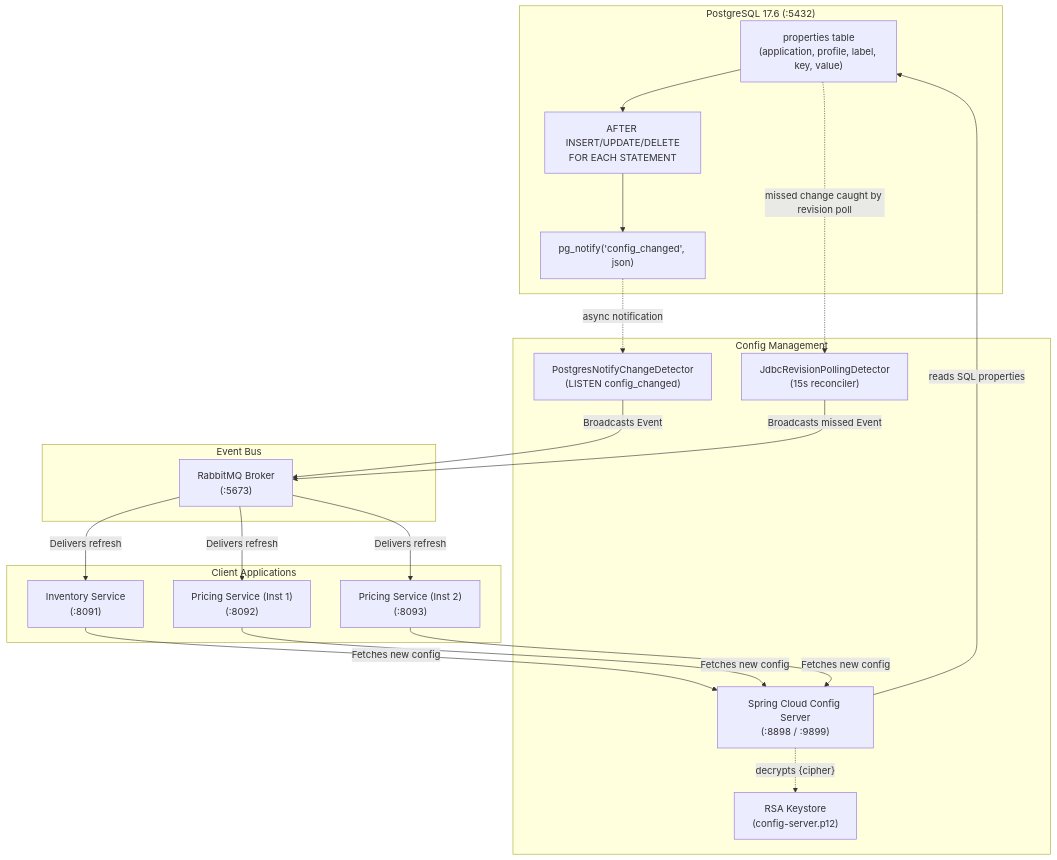
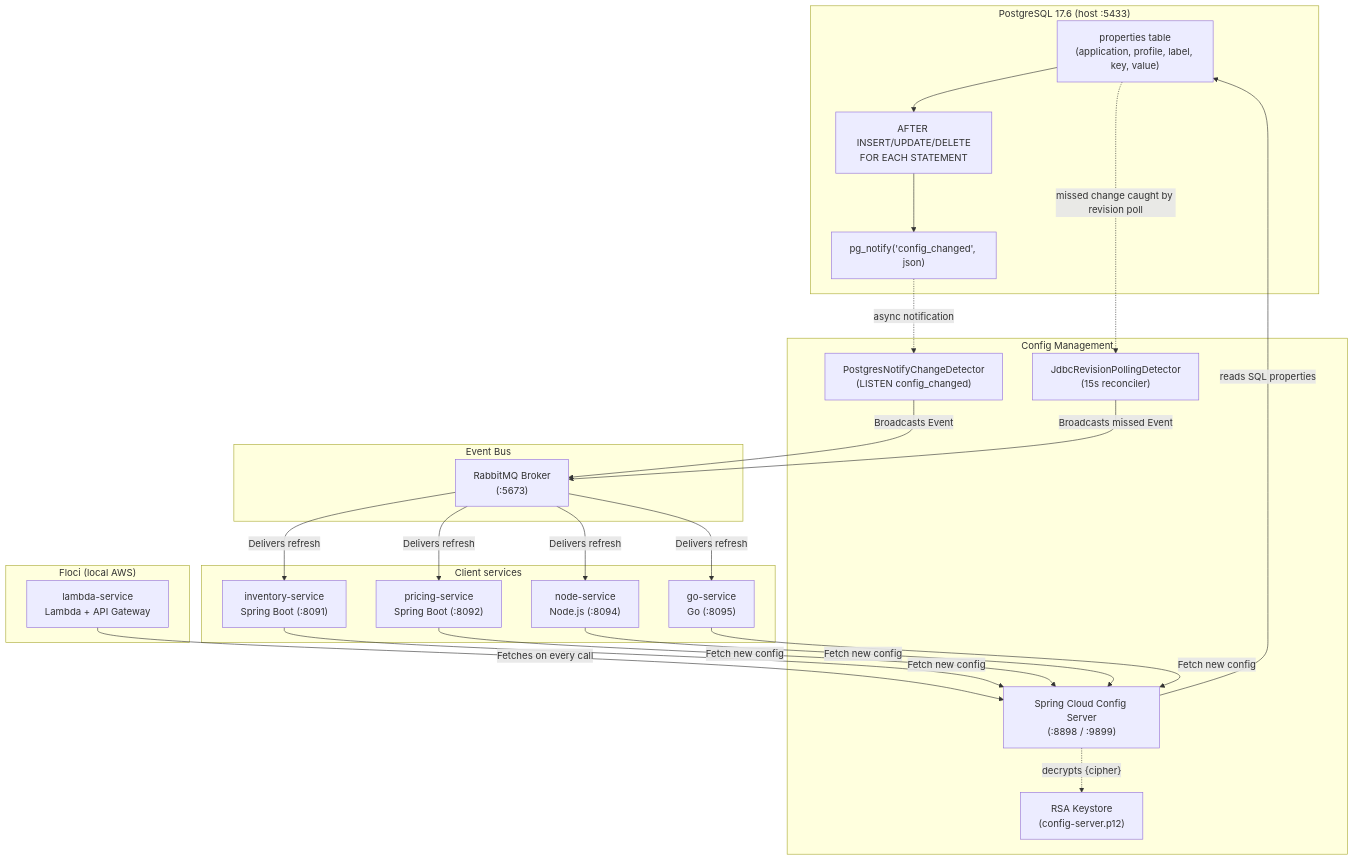
Before and after one commit to kirankumarhm/springboot-config-server-external-properties-demo: the first of 4 diagrams in version-b-jdbc/README.md, drawn with Mermaid. The commit also changed other lines of this file and 438 other files, not shown here.

````diff
--- a/version-b-jdbc/README.md
+++ b/version-b-jdbc/README.md
@@ -18,39 +33,41 @@
 ```mermaid
 graph TD
-    subgraph Database["PostgreSQL 17.6 (:5432)"]
+    subgraph Database["PostgreSQL 17.6 (host :5433)"]
         Table["properties table<br/>(application, profile, label, key, value)"]
         Trigger["AFTER INSERT/UPDATE/DELETE<br/>FOR EACH STATEMENT"]
         PGNotify["pg_notify('config_changed', json)"]
         Table --> Trigger --> PGNotify
     end
 
     subgraph ConfigLayer["Config Management"]
         CS["Spring Cloud Config Server<br/>(:8898 / :9899)"]
         Detector["PostgresNotifyChangeDetector<br/>(LISTEN config_changed)"]
         Poller["JdbcRevisionPollingDetector<br/>(15s reconciler)"]
         Keystore["RSA Keystore<br/>(config-server.p12)"]
         PGNotify -. async notification .-> Detector
         Table -. missed change caught by revision poll .-> Poller
         CS -. decrypts {cipher} .-> Keystore
         CS -- reads SQL properties --> Table
     end
 
     subgraph Messaging["Event Bus"]
         RabbitMQ["RabbitMQ Broker<br/>(:5673)"]
     end
 
-    subgraph Microservices["Client Applications"]
-        Inv["Inventory Service<br/>(:8091)"]
-        Prc1["Pricing Service (Inst 1)<br/>(:8092)"]
-        Prc2["Pricing Service (Inst 2)<br/>(:8093)"]
+    subgraph Clients["Client services"]
+        Inv["inventory-service<br/>Spring Boot (:8091)"]
+        Prc["pricing-service<br/>Spring Boot (:8092)"]
+        Node["node-service<br/>Node.js (:8094)"]
+        Go["go-service<br/>Go (:8095)"]
+    end
+
+    subgraph Floci["Floci (local AWS)"]
+        Lambda["lambda-service<br/>Lambda + API Gateway"]
     end
 
     Detector -- "Broadcasts Event" --> RabbitMQ
     Poller -- "Broadcasts missed Event" --> RabbitMQ
-    RabbitMQ -- "Delivers refresh" --> Inv
-    RabbitMQ -- "Delivers refresh" --> Prc1
-    RabbitMQ -- "Delivers refresh" --> Prc2
-    Inv -- "Fetches new config" --> CS
-    Prc1 -- "Fetches new config" --> CS
-    Prc2 -- "Fetches new config" --> CS
+    RabbitMQ -- "Delivers refresh" --> Inv & Prc & Node & Go
+    Inv & Prc & Node & Go -- "Fetch new config" --> CS
+    Lambda -- "Fetches on every call" --> CS
 ```
````
